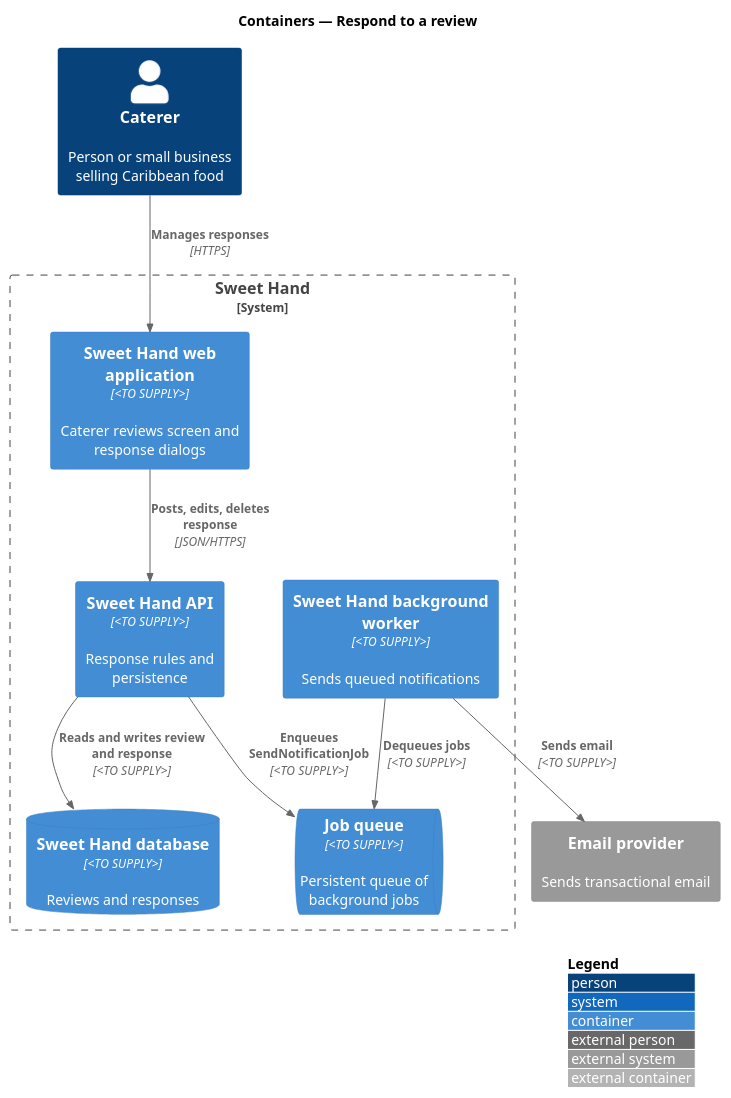
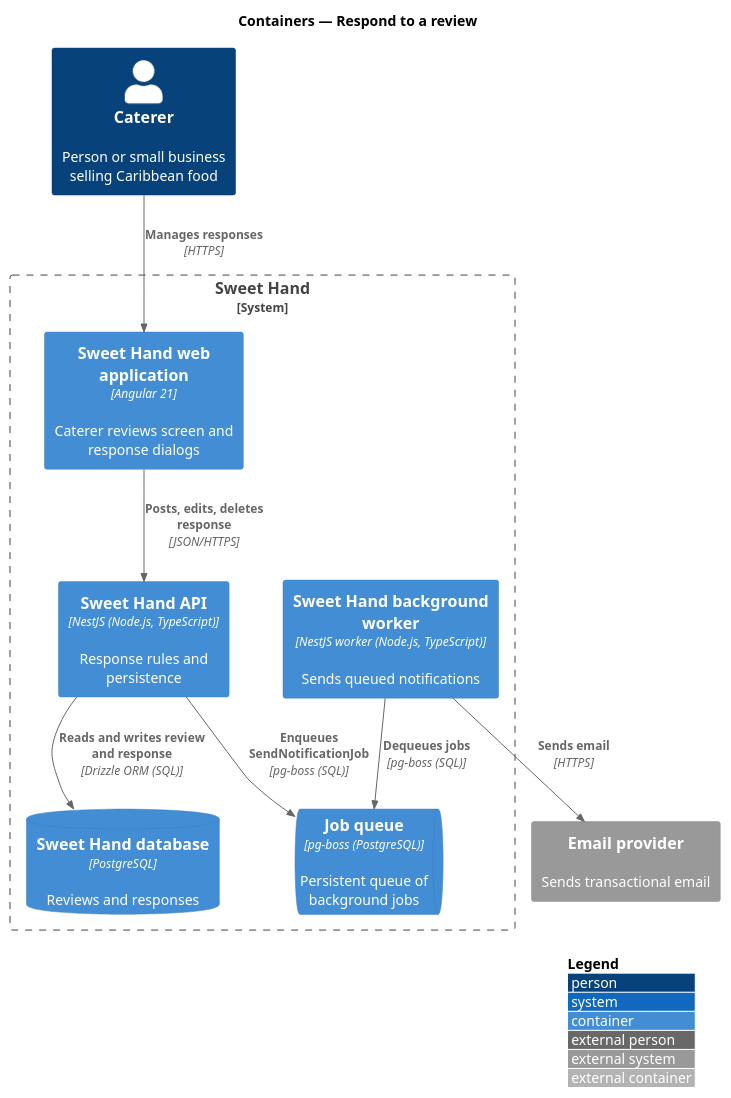
Before and after one commit to QuinntyneBrown/sweet-hand: the diagram in docs/detailed-designs/reviews/respond-to-review/diagrams/c4-container.puml, drawn with PlantUML. The commit also changed 21 other files, not shown here.

```diff
--- a/docs/detailed-designs/reviews/respond-to-review/diagrams/c4-container.puml
+++ b/docs/detailed-designs/reviews/respond-to-review/diagrams/c4-container.puml
@@ -1,21 +1,21 @@
 @startuml
 !include <C4/C4_Container>
 LAYOUT_WITH_LEGEND()
 title Containers — Respond to a review
 
 Person(caterer, "Caterer", "Person or small business selling Caribbean food")
 System_Ext(email, "Email provider", "Sends transactional email")
 System_Boundary(sweethand, "Sweet Hand") {
-  Container(web, "Sweet Hand web application", "<TO SUPPLY>", "Caterer reviews screen and response dialogs")
-  Container(api, "Sweet Hand API", "<TO SUPPLY>", "Response rules and persistence")
-  ContainerDb(db, "Sweet Hand database", "<TO SUPPLY>", "Reviews and responses")
-  ContainerQueue(queue, "Job queue", "<TO SUPPLY>", "Persistent queue of background jobs")
-  Container(worker, "Sweet Hand background worker", "<TO SUPPLY>", "Sends queued notifications")
+  Container(web, "Sweet Hand web application", "Angular 21", "Caterer reviews screen and response dialogs")
+  Container(api, "Sweet Hand API", "NestJS (Node.js, TypeScript)", "Response rules and persistence")
+  ContainerDb(db, "Sweet Hand database", "PostgreSQL", "Reviews and responses")
+  ContainerQueue(queue, "Job queue", "pg-boss (PostgreSQL)", "Persistent queue of background jobs")
+  Container(worker, "Sweet Hand background worker", "NestJS worker (Node.js, TypeScript)", "Sends queued notifications")
 }
 Rel(caterer, web, "Manages responses", "HTTPS")
 Rel(web, api, "Posts, edits, deletes response", "JSON/HTTPS")
-Rel(api, db, "Reads and writes review and response", "<TO SUPPLY>")
-Rel(api, queue, "Enqueues SendNotificationJob", "<TO SUPPLY>")
-Rel(worker, queue, "Dequeues jobs", "<TO SUPPLY>")
-Rel(worker, email, "Sends email", "<TO SUPPLY>")
+Rel(api, db, "Reads and writes review and response", "Drizzle ORM (SQL)")
+Rel(api, queue, "Enqueues SendNotificationJob", "pg-boss (SQL)")
+Rel(worker, queue, "Dequeues jobs", "pg-boss (SQL)")
+Rel(worker, email, "Sends email", "HTTPS")
 @enduml
```
